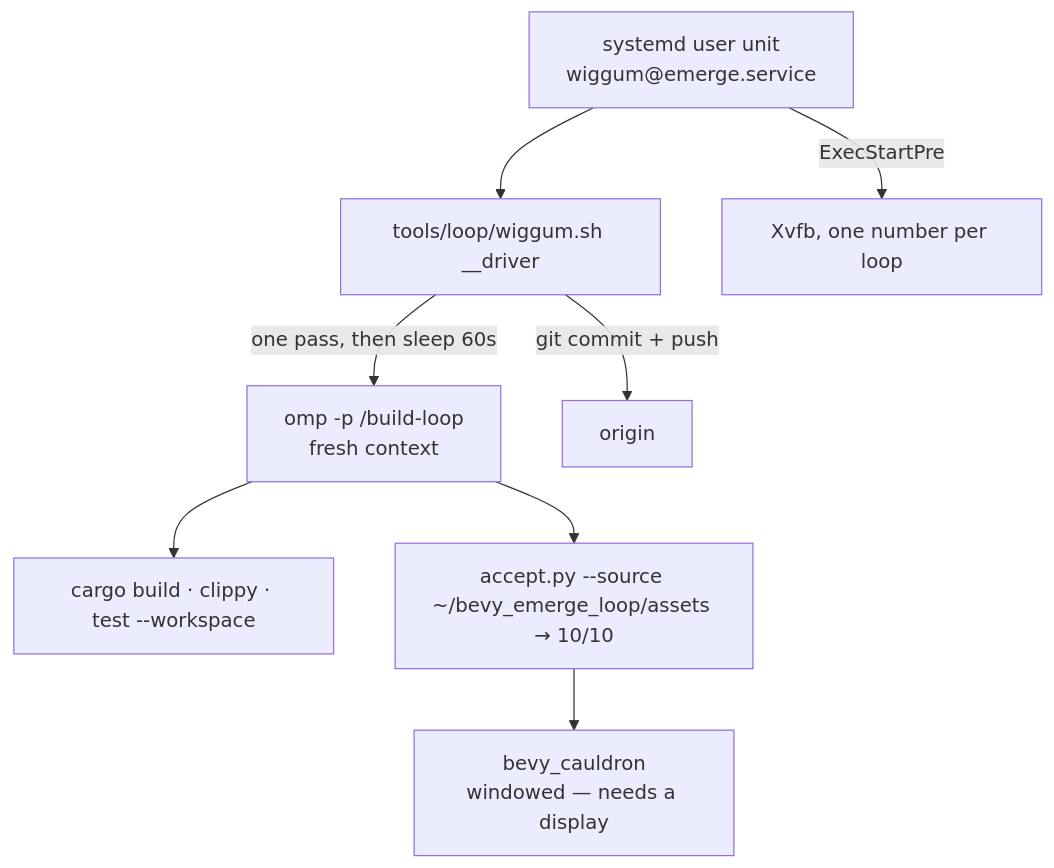
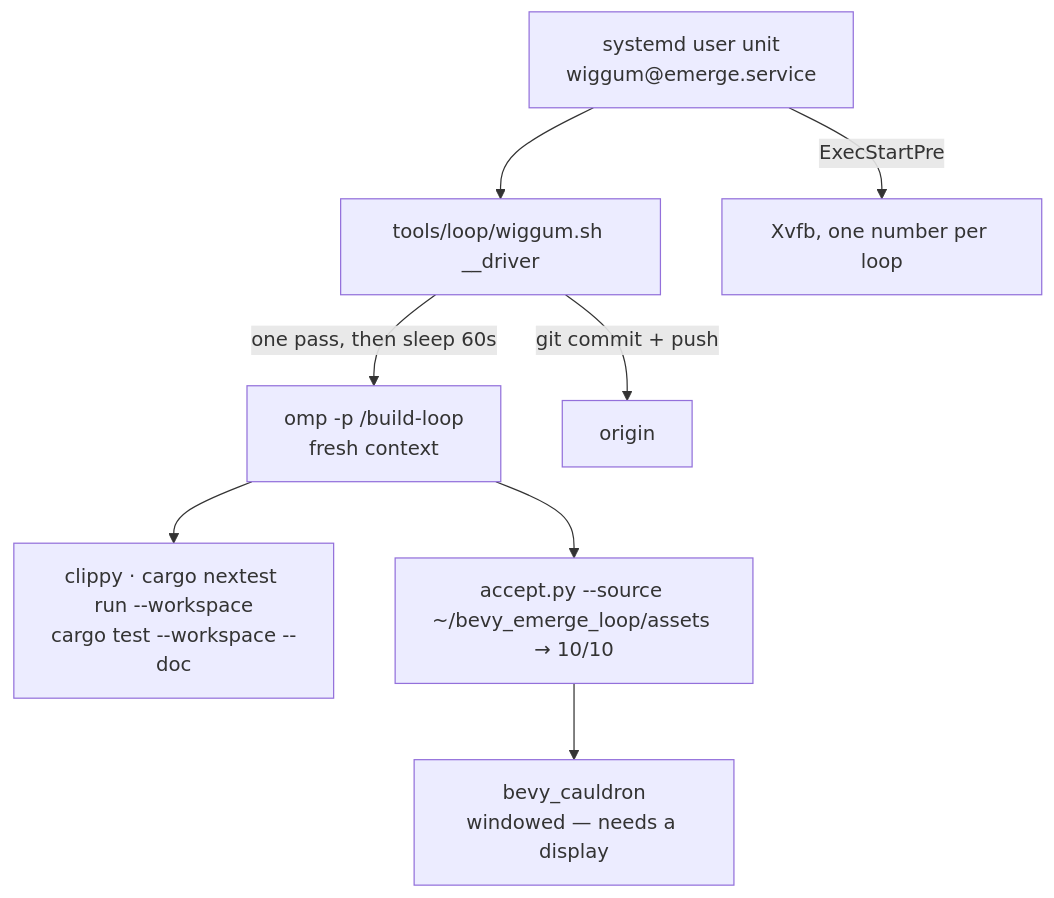
Before and after one commit to bevy-coven/bevy_grimoire: the diagram in tools/loop/README-wiggum.md, drawn with Mermaid. The commit also changed other lines of this file and 9 other files, not shown here.

````diff
--- a/tools/loop/README-wiggum.md
+++ b/tools/loop/README-wiggum.md
@@ -30,10 +32,10 @@
 ```mermaid
 flowchart TD
   unit["systemd user unit<br/>wiggum@emerge.service"] --> drv["tools/loop/wiggum.sh __driver"]
   drv -->|"one pass, then sleep 60s"| omp["omp -p /build-loop<br/>fresh context"]
-  omp --> gate["cargo build · clippy · test --workspace"]
+  omp --> gate["clippy · cargo nextest run --workspace<br/>cargo test --workspace --doc"]
   omp --> acc["accept.py --source ~/bevy_emerge_loop/assets → 10/10"]
   acc --> ed["bevy_cauldron<br/>windowed — needs a display"]
   unit -->|"ExecStartPre"| xvfb["Xvfb, one number per loop"]
   drv -->|"git commit + push"| gh["origin"]
 ```
````
